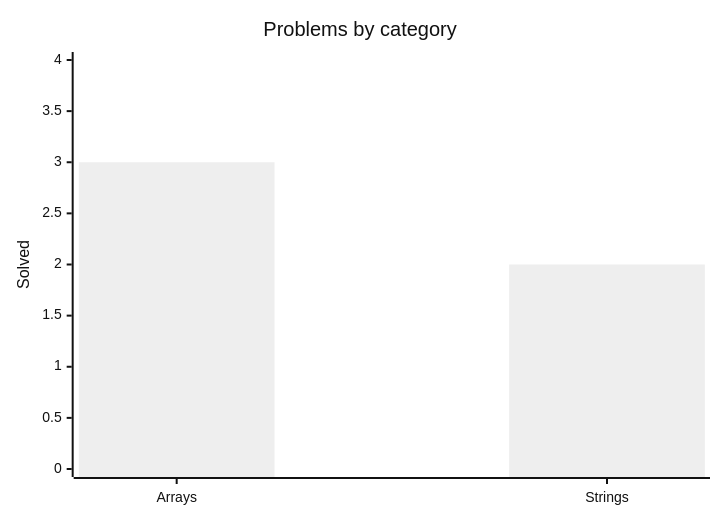
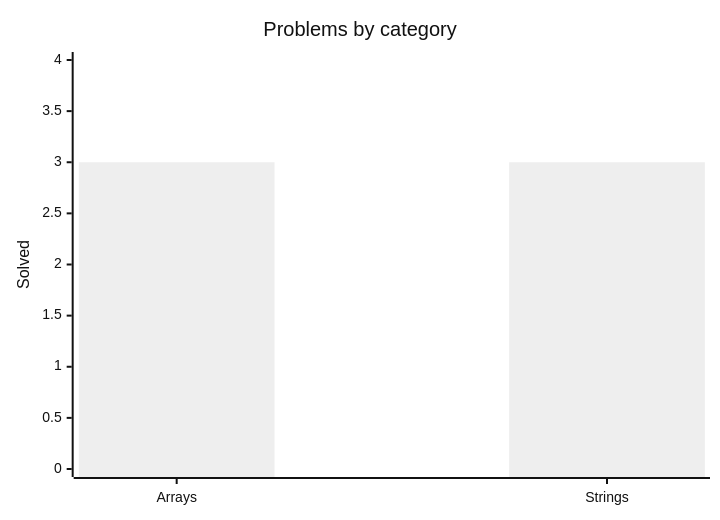
Before and after one commit to mauli-waghmore/data-structures-algorithms-kotlin: the diagram in README.md, drawn with Mermaid (neutral theme). The commit also changed other lines of this file and 1 other file, not shown here.

````diff
--- a/README.md
+++ b/README.md
@@ -35,8 +35,8 @@
 ```mermaid
 %%{init: {"xyChart": {"plotColorPalette": "#7F52FF"}}}%%
 xychart-beta
     title "Problems by category"
     x-axis ["Arrays", "Strings"]
     y-axis "Solved" 0 --> 4
-    bar [3, 2]
+    bar [3, 3]
 ```
````
